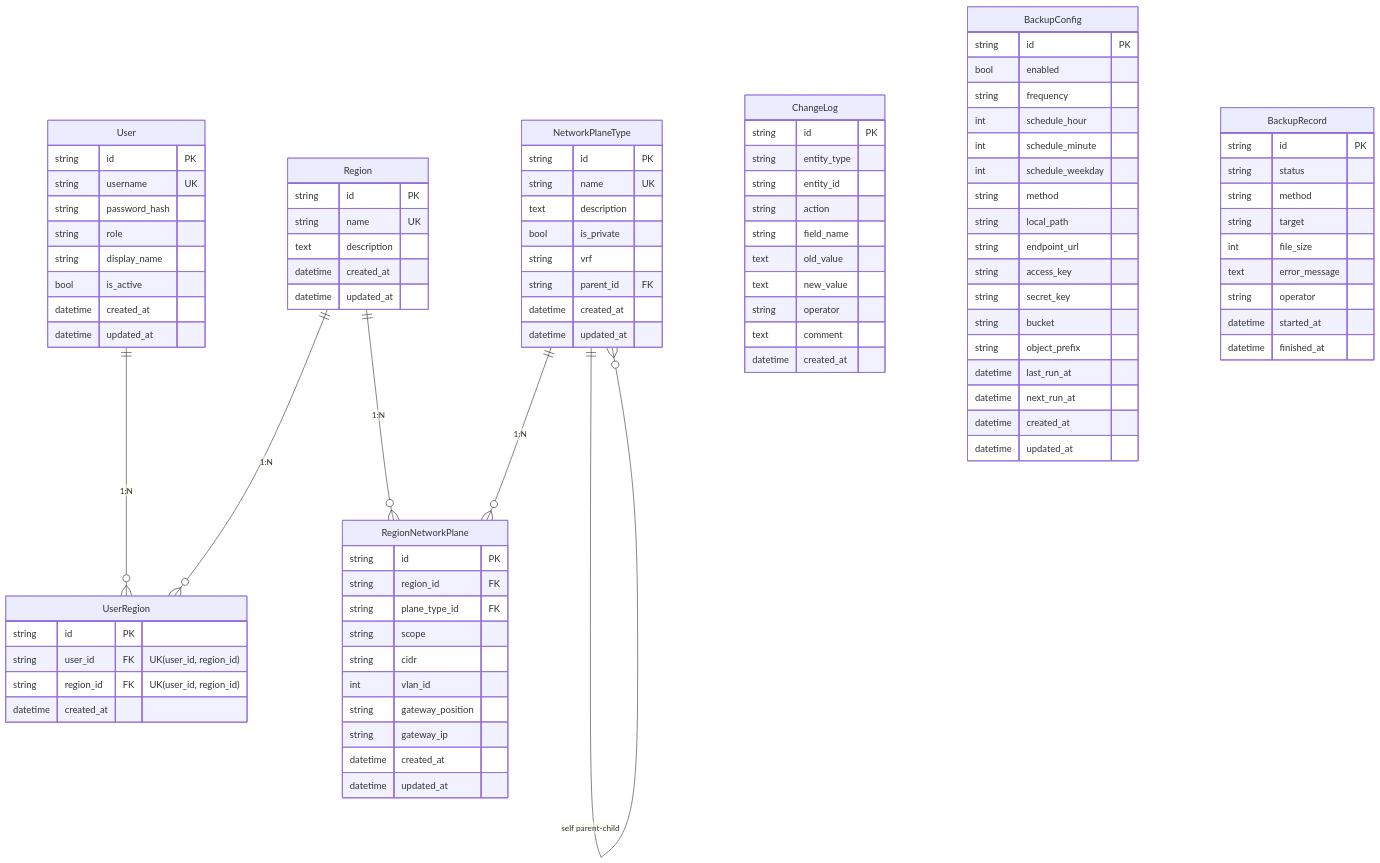
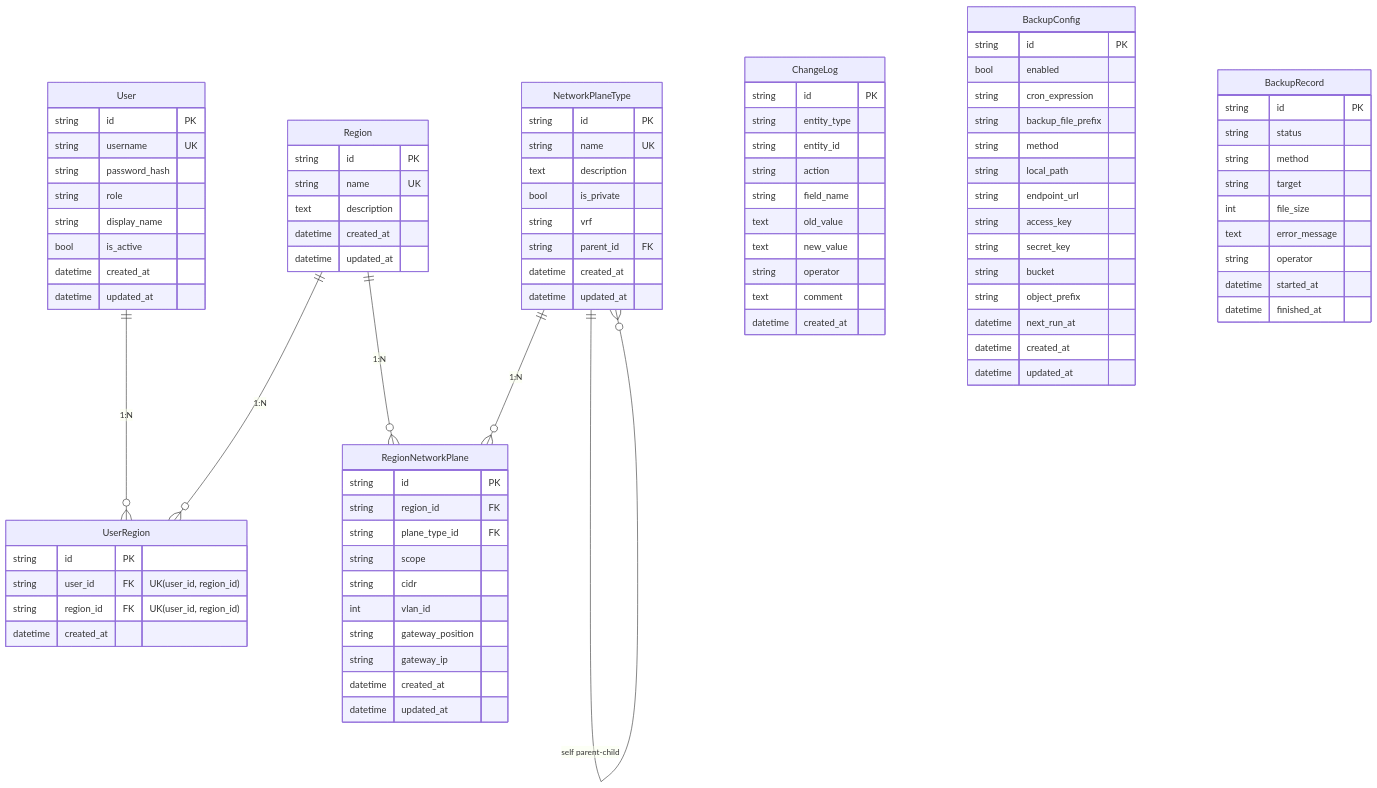
The second of 4 diagrams in SYSTEM_DESIGN.md (zhou-xingxing/hcs-lld-management), drawn with Mermaid before and after one commit. The commit also changed other lines of this file and 8 other files, not shown here.

```diff
--- a/SYSTEM_DESIGN.md
+++ b/SYSTEM_DESIGN.md
@@ -169,10 +169,8 @@
     BackupConfig {
         string id PK
         bool   enabled
-        string frequency
-        int    schedule_hour
-        int    schedule_minute
-        int    schedule_weekday
+        string cron_expression
+        string backup_file_prefix
         string method
         string local_path
         string endpoint_url
@@ -180,7 +178,6 @@
         string secret_key
         string bucket
         string object_prefix
-        datetime last_run_at
         datetime next_run_at
         datetime created_at
         datetime updated_at
```
